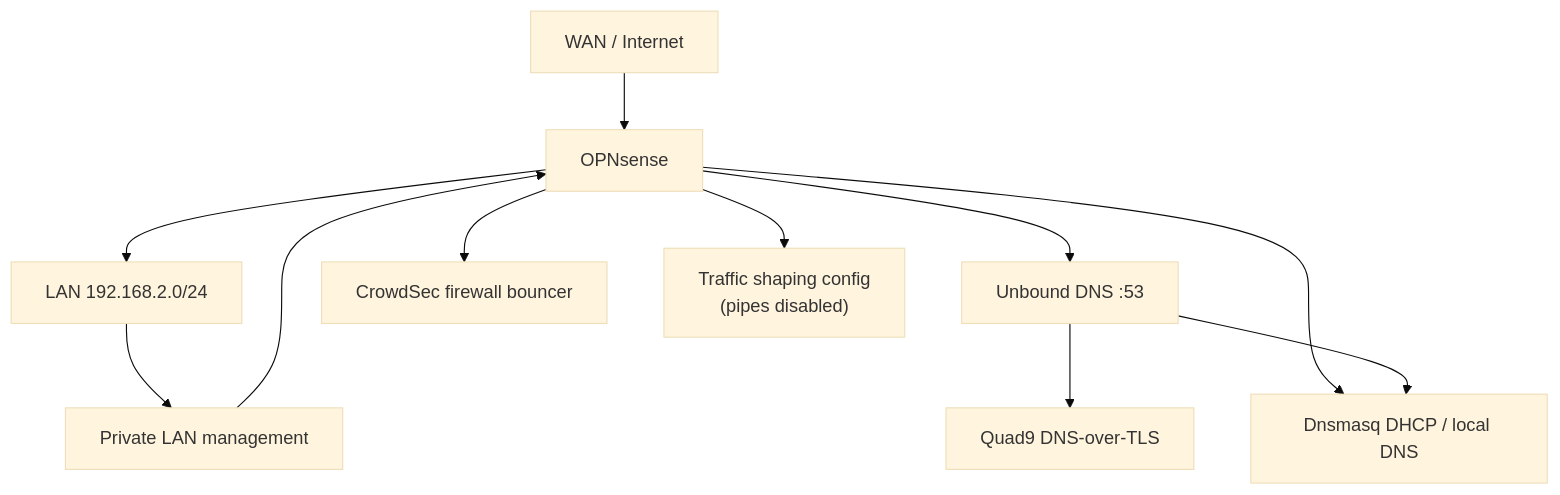
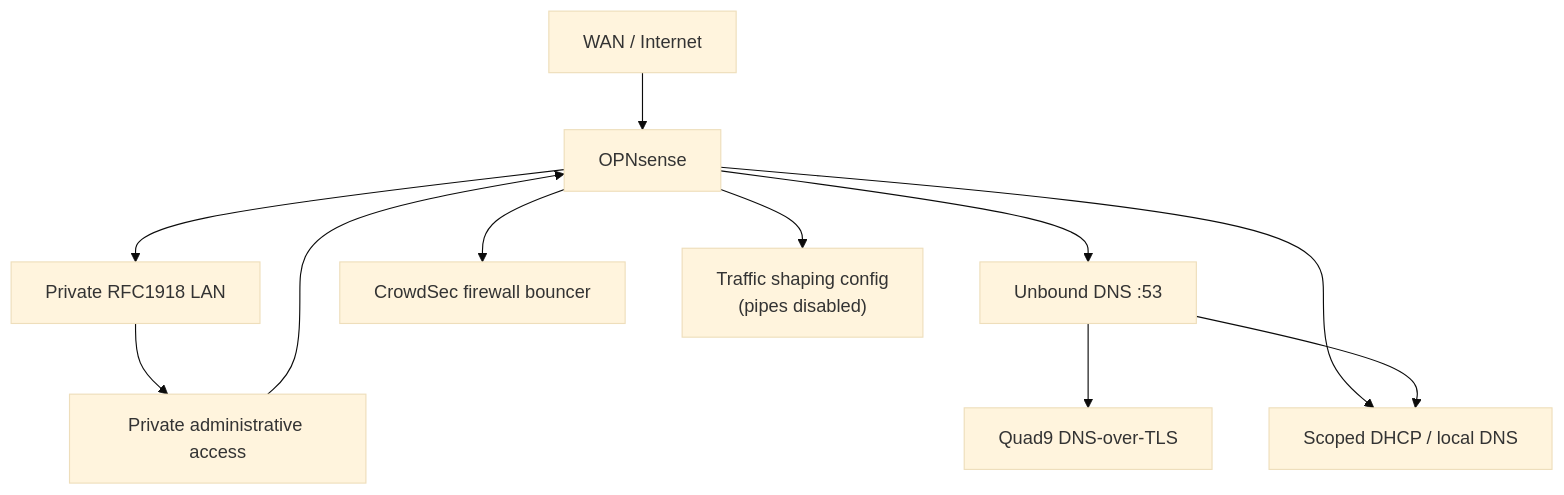
One commit to srkyn/home-network-security changed the diagram in docs/architecture.md. Above: the diagram before and after it, drawn with Mermaid (base theme). The commit also changed other lines of this file and 3 other files, not shown here.

````diff
--- a/docs/architecture.md
+++ b/docs/architecture.md
@@ -29,13 +29,13 @@
 ```mermaid
 flowchart TD
     WAN["WAN / Internet"] --> FW["OPNsense"]
-    FW --> LAN["LAN 192.168.2.0/24"]
+    FW --> LAN["Private RFC1918 LAN"]
     FW --> UNBOUND["Unbound DNS :53"]
-    FW --> DNSMASQ["Dnsmasq DHCP / local DNS"]
+    FW --> DNSMASQ["Scoped DHCP / local DNS"]
     FW --> CROWDSEC["CrowdSec firewall bouncer"]
     FW --> SHAPER["Traffic shaping config<br/>(pipes disabled)"]
     UNBOUND --> QUAD9["Quad9 DNS-over-TLS"]
     UNBOUND --> DNSMASQ
-    LAN --> MGMT["Private LAN management"]
+    LAN --> MGMT["Private administrative access"]
     MGMT --> FW
 ```
````
